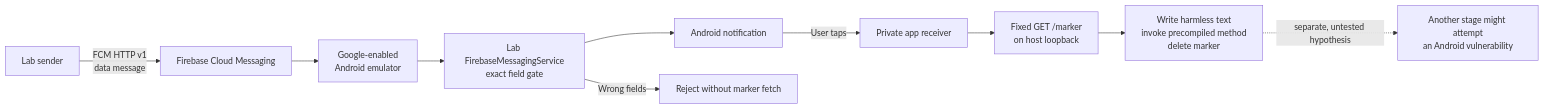
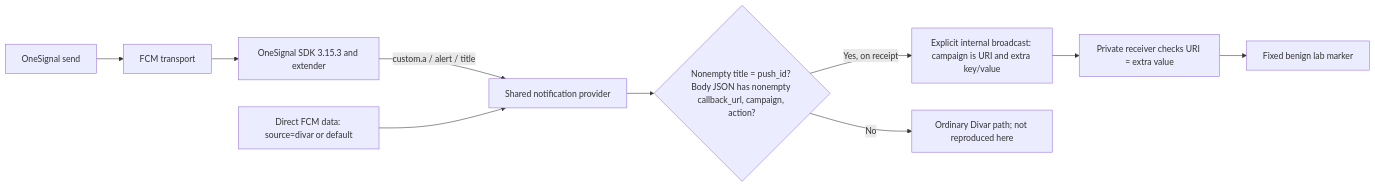
The diagram in README.md (Hamid-K/divar-push-lab), drawn with Mermaid before and after one commit. The commit also changed other lines of this file and 22 other files, not shown here.

Commit message:
Reproduce Divar receipt-time push handler in cloud lab

````diff
--- a/README.md
+++ b/README.md
@@ -13,12 +13,12 @@
 ```mermaid
 flowchart LR
-    S[Lab sender] -->|FCM HTTP v1<br/>data message| F[Firebase Cloud Messaging]
-    F --> G[Google-enabled<br/>Android emulator]
-    G --> A[Lab FirebaseMessagingService<br/>exact field gate]
-    A --> N[Android notification]
-    N -->|User taps| T[Private app receiver]
-    T --> M[Fixed GET /marker<br/>on host loopback]
-    M --> P[Write harmless text<br/>invoke precompiled method<br/>delete marker]
-    A -->|Wrong fields| R[Reject without marker fetch]
-    P -. separate, untested hypothesis .-> X[Another stage might attempt<br/>an Android vulnerability]
+    O[OneSignal send] --> C[FCM transport]
+    C --> S[OneSignal SDK 3.15.3 and extender]
+    S -->|custom.a / alert / title| P[Shared notification provider]
+    F[Direct FCM data: source=divar or default] --> P
+    P --> G{Nonempty title = push_id? Body JSON has nonempty callback_url, campaign, action?}
+    G -->|Yes, on receipt| B[Explicit internal broadcast: campaign is URI and extra key/value]
+    B --> R[Private receiver checks URI = extra value]
+    R --> L[Fixed benign lab marker]
+    G -->|No| N[Ordinary Divar path; not reproduced here]
 ```
````
